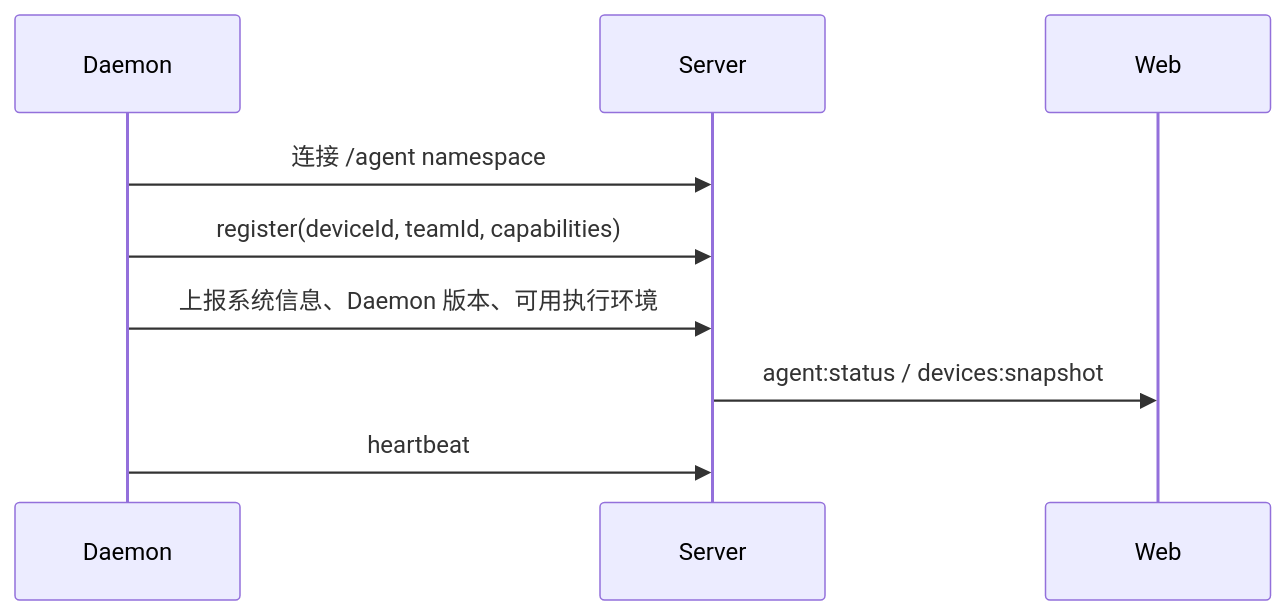
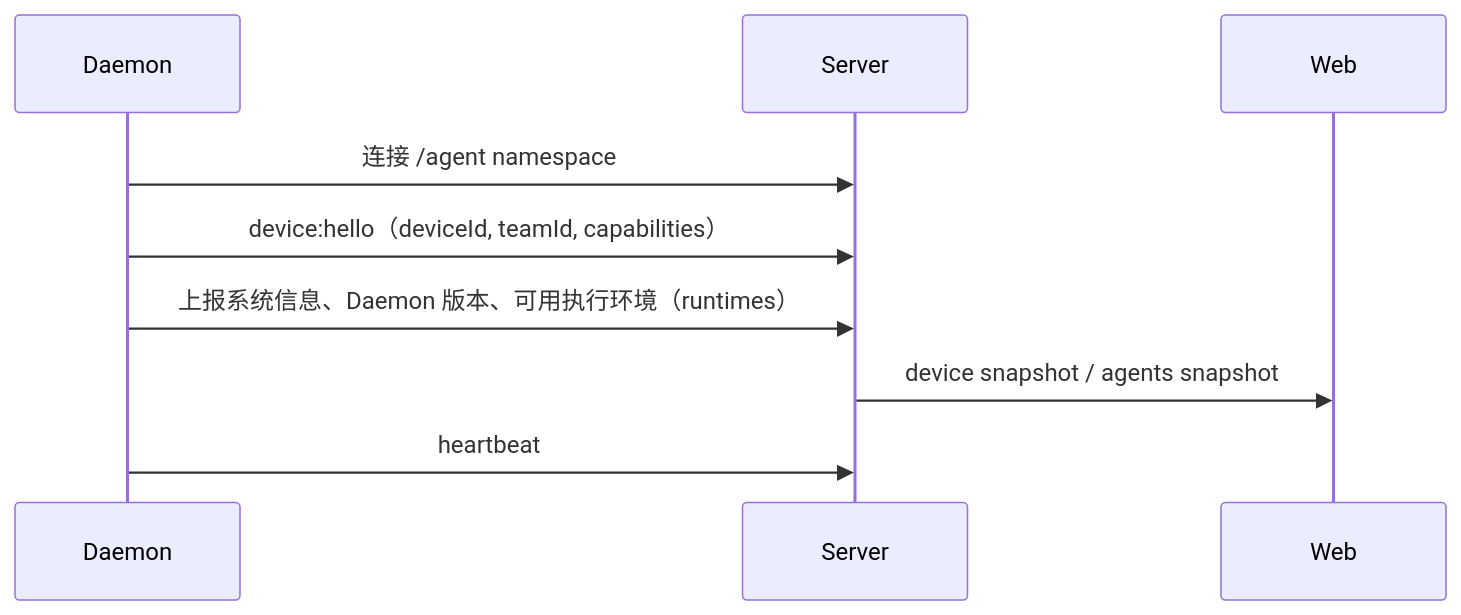
The second of 6 diagrams in README.md (xiaojichao/agentbean), drawn with Mermaid before and after one commit. The commit also changed other lines of this file and 4 other files, not shown here.

````diff
--- a/README.md
+++ b/README.md
@@ -107,12 +104,12 @@
 ```mermaid
 sequenceDiagram
   participant D as Daemon
   participant S as Server
   participant W as Web
 
   D->>S: 连接 /agent namespace
-  D->>S: register(deviceId, teamId, capabilities)
-  D->>S: 上报系统信息、Daemon 版本、可用执行环境
-  S->>W: agent:status / devices:snapshot
+  D->>S: device:hello（deviceId, teamId, capabilities）
+  D->>S: 上报系统信息、Daemon 版本、可用执行环境（runtimes）
+  S->>W: device snapshot / agents snapshot
   D->>S: heartbeat
 ```
````
